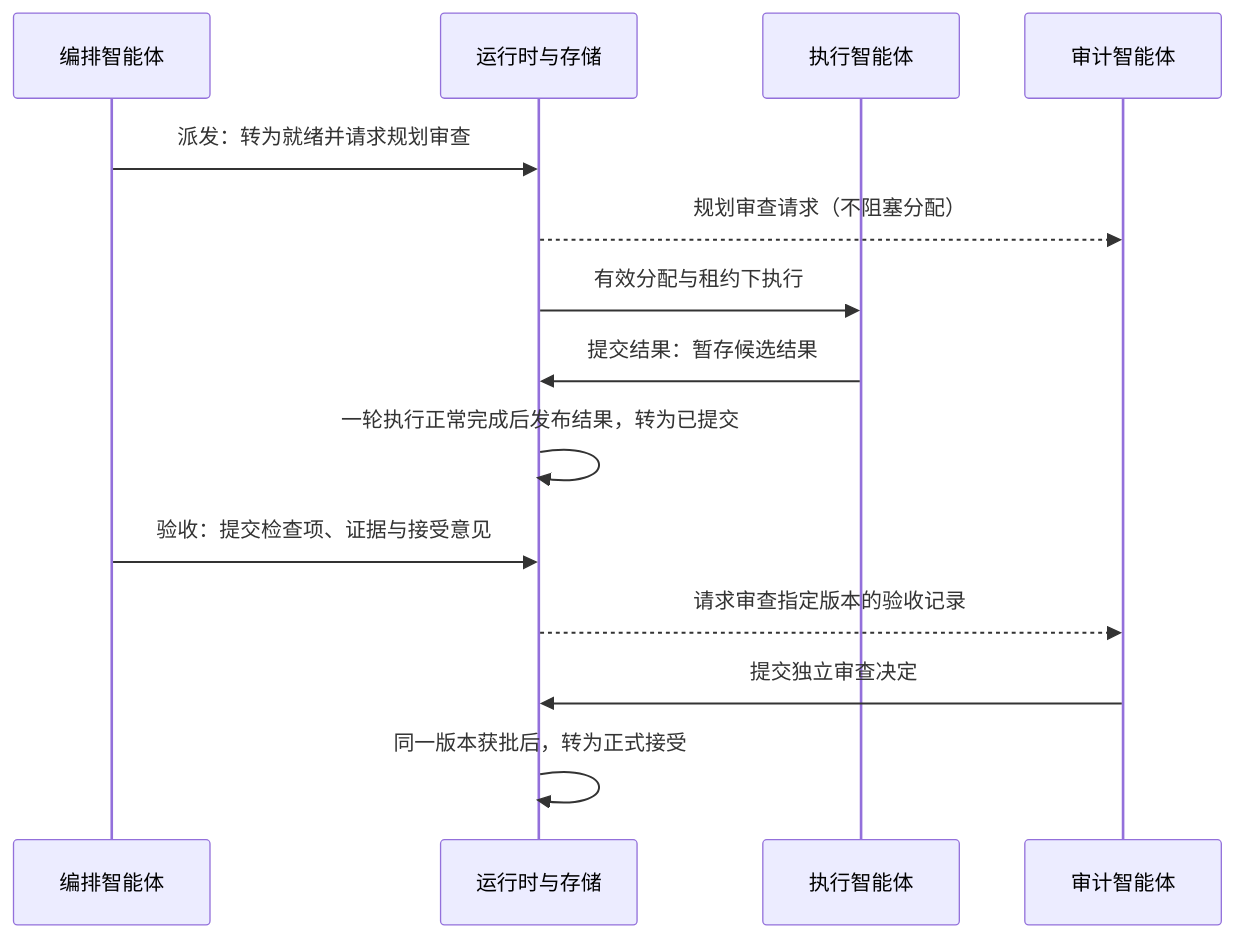
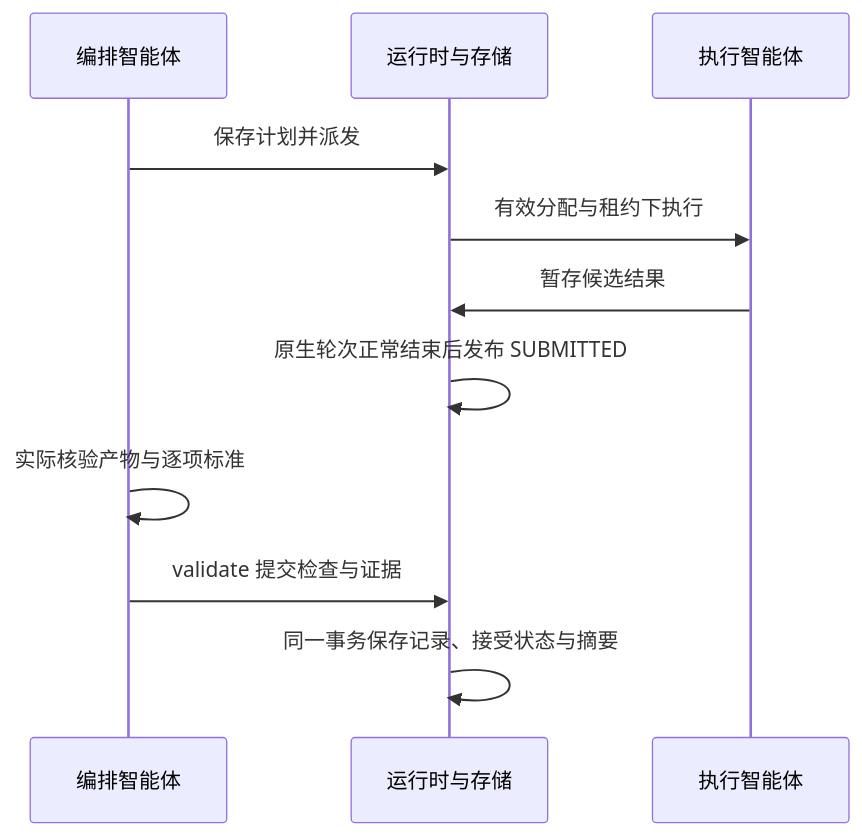
Before and after one commit to Luohaothu/dsh-flow: the diagram in docs/design/development/components/transactions.md, drawn with Mermaid. The commit also changed other lines of this file and 160 other files, not shown here.

````diff
--- a/docs/design/development/components/transactions.md
+++ b/docs/design/development/components/transactions.md
@@ -18,16 +18,13 @@
 ```mermaid
 sequenceDiagram
     participant O as 编排智能体
     participant R as 运行时与存储
     participant W as 执行智能体
-    participant U as 审计智能体
-    O->>R: 派发：转为就绪并请求规划审查
-    R-->>U: 规划审查请求（不阻塞分配）
+    O->>R: 保存计划并派发
     R->>W: 有效分配与租约下执行
-    W->>R: 提交结果：暂存候选结果
-    R->>R: 一轮执行正常完成后发布结果，转为已提交
-    O->>R: 验收：提交检查项、证据与接受意见
-    R-->>U: 请求审查指定版本的验收记录
-    U->>R: 提交独立审查决定
-    R->>R: 同一版本获批后，转为正式接受
+    W->>R: 暂存候选结果
+    R->>R: 原生轮次正常结束后发布 SUBMITTED
+    O->>O: 实际核验产物与逐项标准
+    O->>R: validate 提交检查与证据
+    R->>R: 同一事务保存记录、接受状态与摘要
 ```
````
